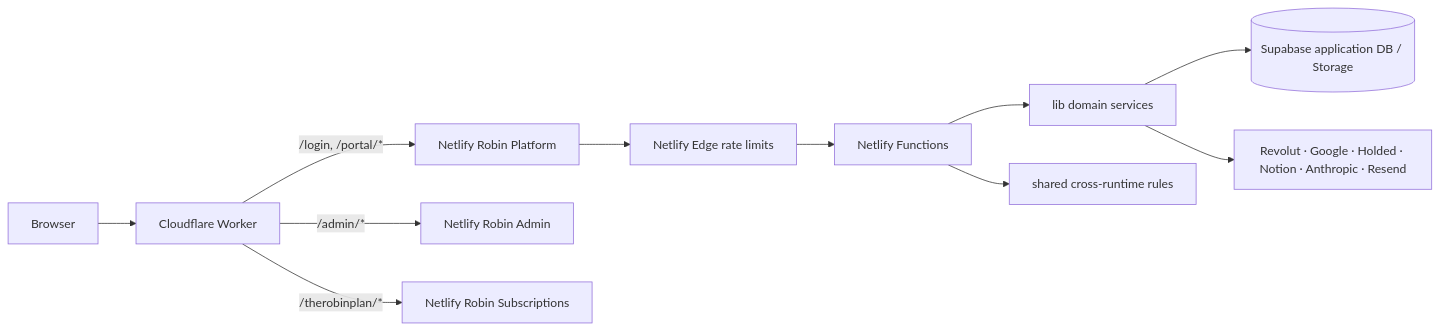
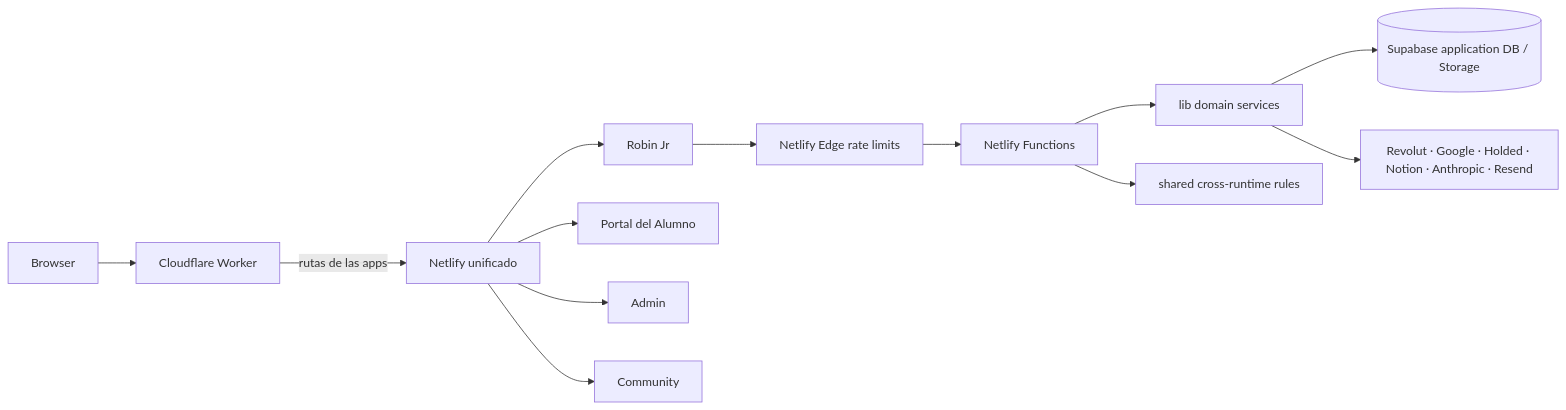
The diagram in apps/robinjr/READMELONG.md (saantimartinn/RobinPortals), drawn with Mermaid before and after one commit. The commit also changed other lines of this file and 252 other files, not shown here.

````diff
--- a/apps/robinjr/READMELONG.md
+++ b/apps/robinjr/READMELONG.md
@@ -15,13 +20,15 @@
 ```mermaid
 flowchart LR
   Browser --> CF[Cloudflare Worker]
-  CF -->|/login, /portal/*| Platform[Netlify Robin Platform]
-  CF -->|/admin/*| Admin[Netlify Robin Admin]
-  CF -->|/therobinplan/*| Subs[Netlify Robin Subscriptions]
-  Platform --> Edge[Netlify Edge rate limits]
+  CF -->|rutas de las apps| Site[Netlify unificado]
+  Site --> Jr[Robin Jr]
+  Site --> Platform[Portal del Alumno]
+  Site --> Admin[Admin]
+  Site --> Community[Community]
+  Jr --> Edge[Netlify Edge rate limits]
   Edge --> Functions[Netlify Functions]
   Functions --> Lib[lib domain services]
   Functions --> Shared[shared cross-runtime rules]
   Lib --> DB[(Supabase application DB / Storage)]
   Lib --> Providers[Revolut · Google · Holded · Notion · Anthropic · Resend]
 ```
````
